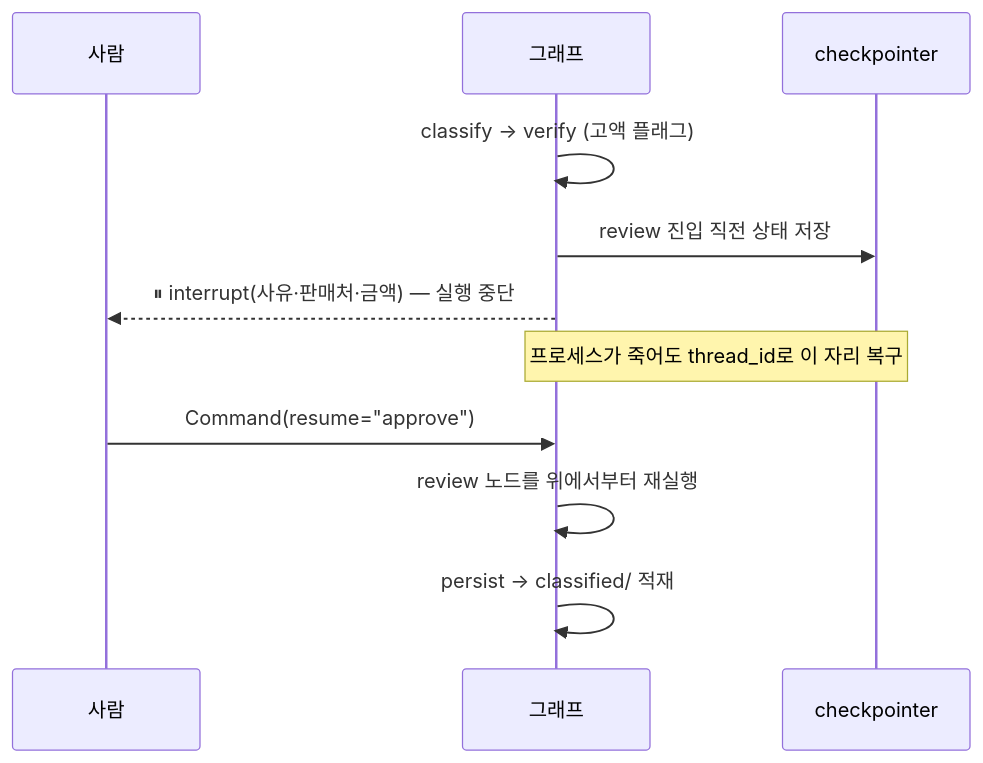
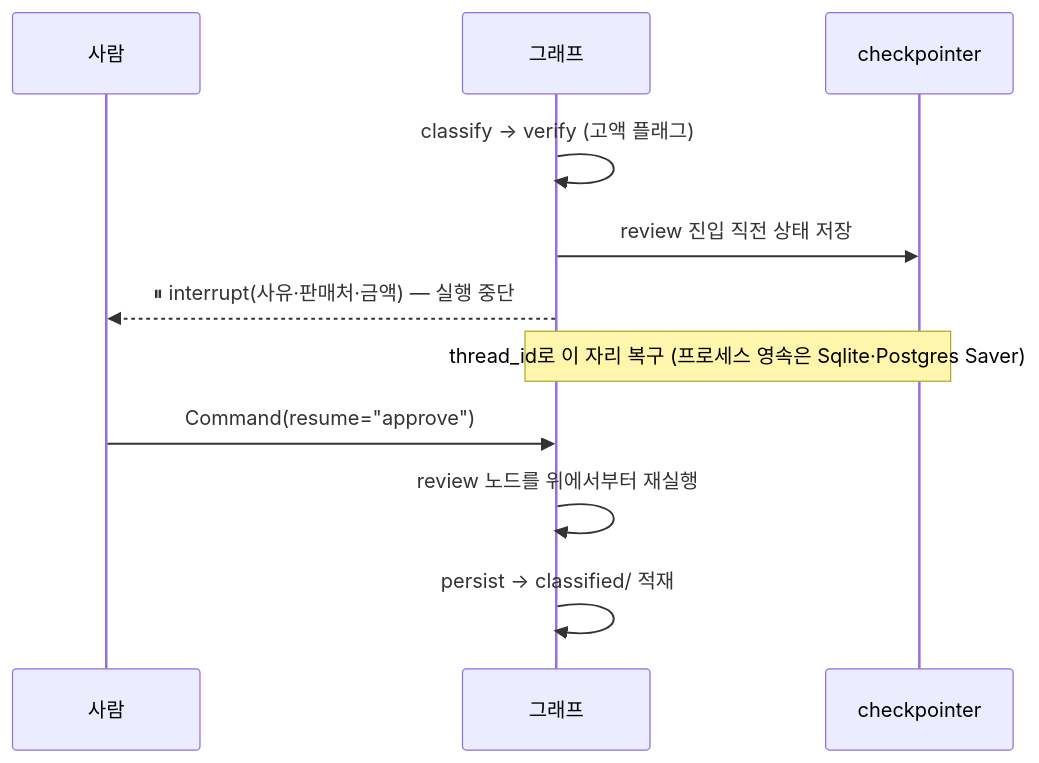
One commit to Yo-sure/deepagents-handson changed the fourth of 4 diagrams in books/md/Chapter 2. LangChain LangGraph Agent와 Harness 구조.md. Above: the diagram before and after it, drawn with Mermaid. The commit also changed other lines of this file and 10 other files, not shown here.

````diff
--- a/books/md/Chapter 2. LangChain LangGraph Agent와 Harness 구조.md
+++ b/books/md/Chapter 2. LangChain LangGraph Agent와 Harness 구조.md
@@ -307,13 +308,13 @@
 ```mermaid
 sequenceDiagram
     participant U as 사람
     participant G as 그래프
     participant CP as checkpointer
     G->>G: classify → verify (고액 플래그)
     G->>CP: review 진입 직전 상태 저장
     G-->>U: ⏸ interrupt(사유·판매처·금액) — 실행 중단
-    Note over G,CP: 프로세스가 죽어도 thread_id로 이 자리 복구
+    Note over G,CP: thread_id로 이 자리 복구 (프로세스 영속은 Sqlite·Postgres Saver)
     U->>G: Command(resume="approve")
     G->>G: review 노드를 위에서부터 재실행
     G->>G: persist → classified/ 적재
 ```
````
